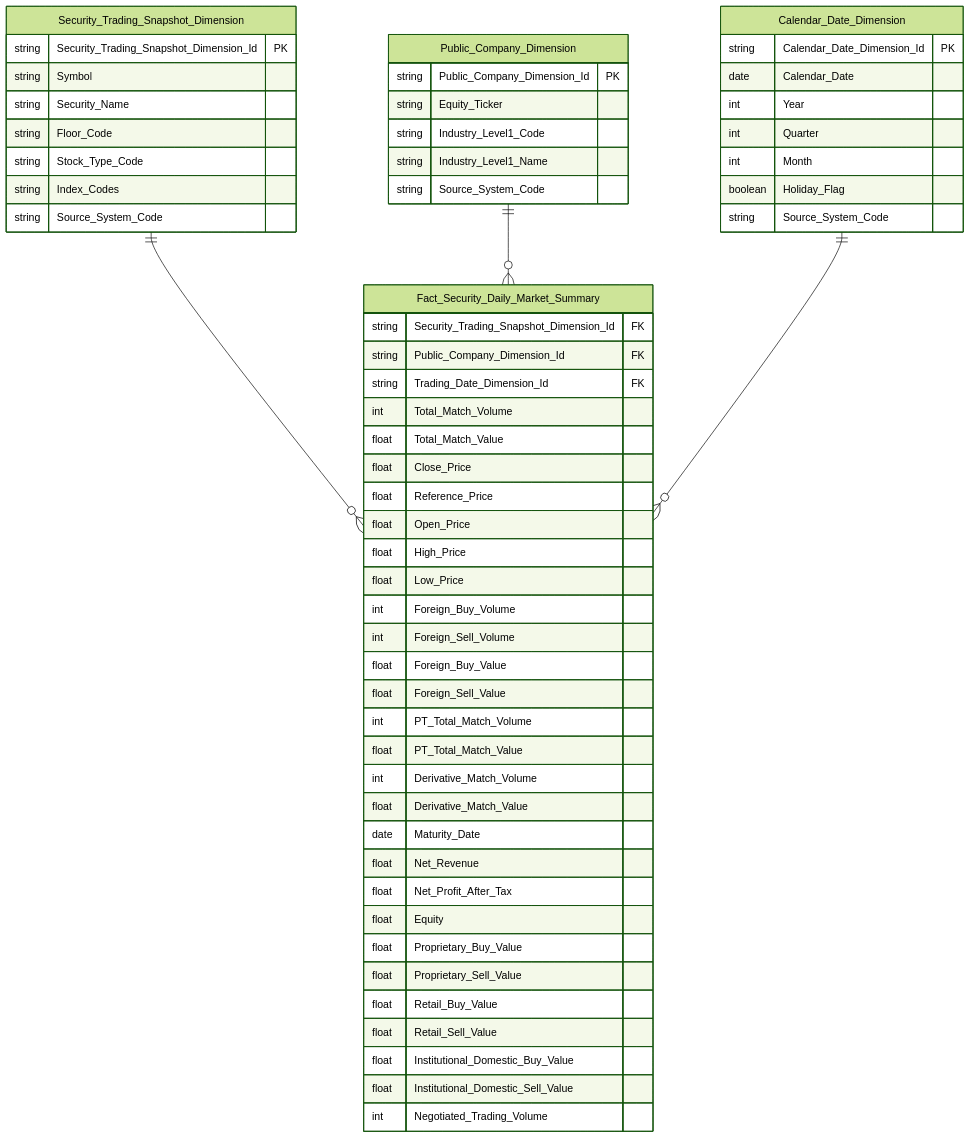
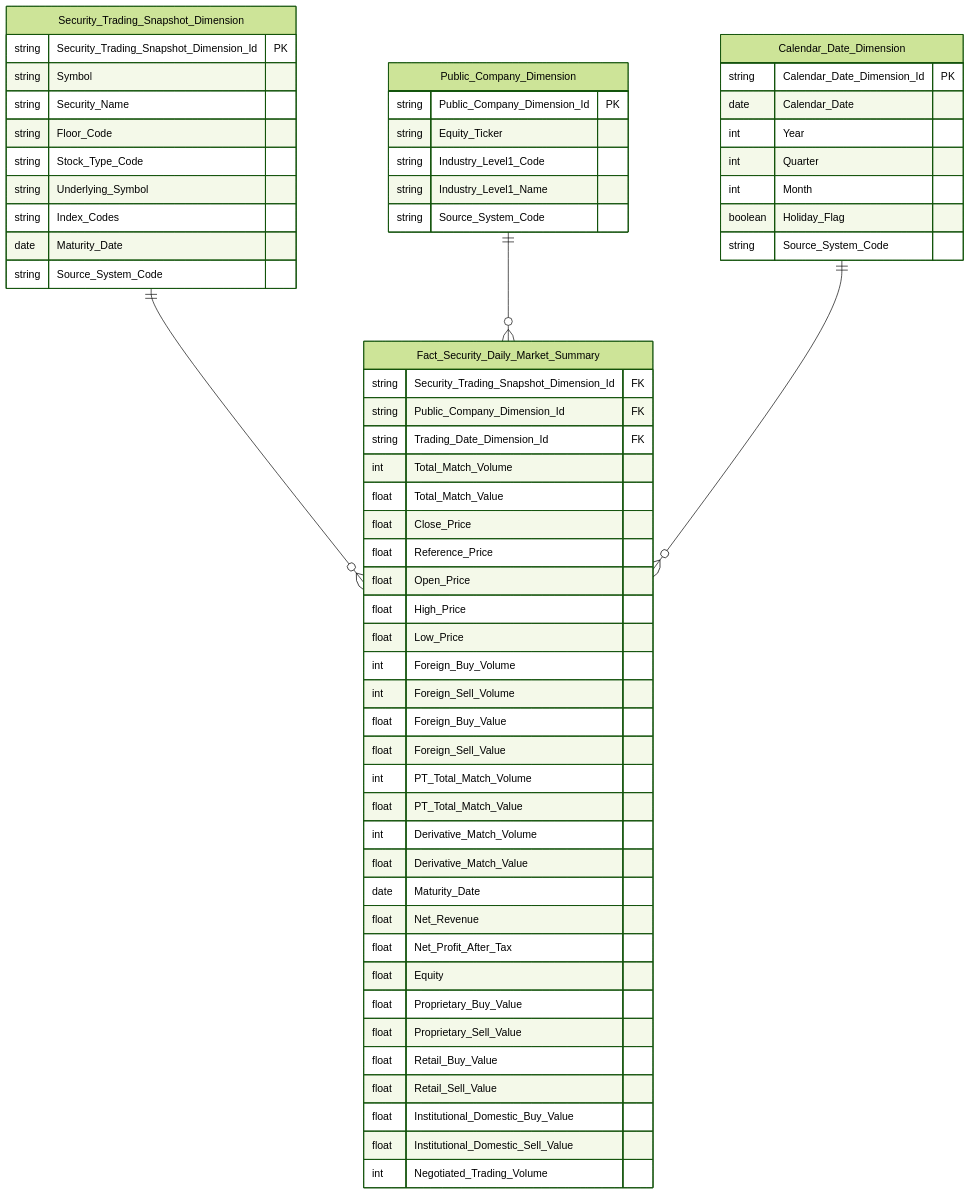
One commit to linhlvit/ubck_atomic_design changed the fifth of 16 diagrams in Datamart/hld/DTM_GSTT_HLD.md. Above: the diagram before and after it, drawn with Mermaid (forest theme). The commit also changed other lines of this file and 4 other files, not shown here.

````diff
--- a/Datamart/hld/DTM_GSTT_HLD.md
+++ b/Datamart/hld/DTM_GSTT_HLD.md
@@ -197,62 +211,64 @@
 ```mermaid
 erDiagram
     Fact_Security_Daily_Market_Summary {
         string Security_Trading_Snapshot_Dimension_Id FK
         string Public_Company_Dimension_Id FK
         string Trading_Date_Dimension_Id FK
         int Total_Match_Volume
         float Total_Match_Value
         float Close_Price
         float Reference_Price
         float Open_Price
         float High_Price
         float Low_Price
         int Foreign_Buy_Volume
         int Foreign_Sell_Volume
         float Foreign_Buy_Value
         float Foreign_Sell_Value
         int PT_Total_Match_Volume
         float PT_Total_Match_Value
         int Derivative_Match_Volume
         float Derivative_Match_Value
         date Maturity_Date
         float Net_Revenue
         float Net_Profit_After_Tax
         float Equity
         float Proprietary_Buy_Value
         float Proprietary_Sell_Value
         float Retail_Buy_Value
         float Retail_Sell_Value
         float Institutional_Domestic_Buy_Value
         float Institutional_Domestic_Sell_Value
         int Negotiated_Trading_Volume
     }
     Security_Trading_Snapshot_Dimension {
         string Security_Trading_Snapshot_Dimension_Id PK
         string Symbol
         string Security_Name
         string Floor_Code
         string Stock_Type_Code
+        string Underlying_Symbol
         string Index_Codes
+        date Maturity_Date
         string Source_System_Code
     }
     Public_Company_Dimension {
         string Public_Company_Dimension_Id PK
         string Equity_Ticker
         string Industry_Level1_Code
         string Industry_Level1_Name
         string Source_System_Code
     }
     Calendar_Date_Dimension {
         string Calendar_Date_Dimension_Id PK
         date Calendar_Date
         int Year
         int Quarter
         int Month
         boolean Holiday_Flag
         string Source_System_Code
     }
     Security_Trading_Snapshot_Dimension ||--o{ Fact_Security_Daily_Market_Summary : " "
     Public_Company_Dimension ||--o{ Fact_Security_Daily_Market_Summary : " "
     Calendar_Date_Dimension ||--o{ Fact_Security_Daily_Market_Summary : " "
 ```
````
